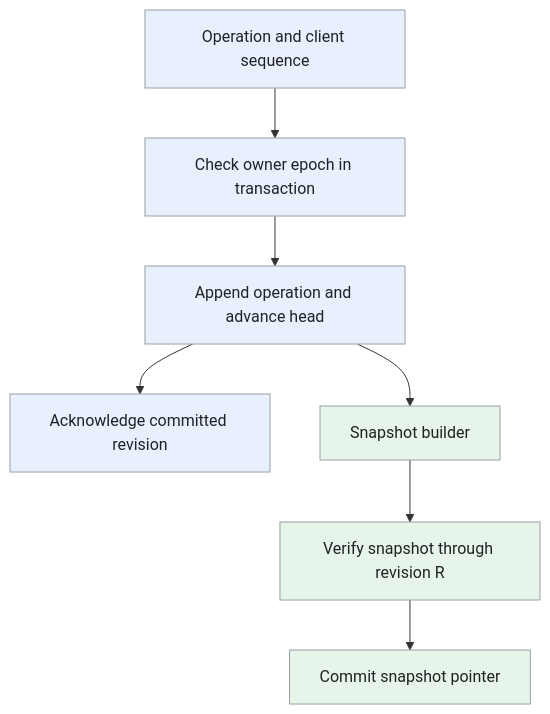
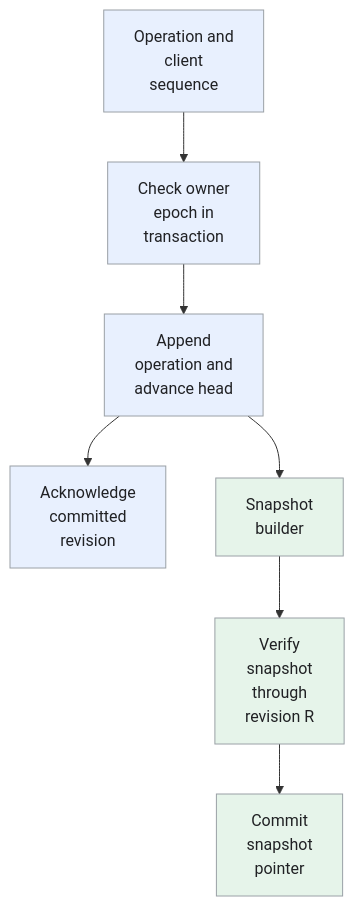
One commit to iliazlobin/iliazlobin.github.io changed the fifth of 5 diagrams in _designs/system-design-google-docs.md. Above: the diagram before and after it, drawn with Mermaid. The commit also changed other lines of this file and 116 other files, not shown here.

````diff
--- a/_designs/system-design-google-docs.md
+++ b/_designs/system-design-google-docs.md
@@ -317,14 +342,14 @@
 ```mermaid
 flowchart TB
-  O["Operation and client sequence"] --> T["Check owner epoch in transaction"]
-  T --> C["Append operation and advance head"]
-  C --> A["Acknowledge committed revision"]
-  C --> S["Snapshot builder"]
-  S --> V["Verify snapshot through revision R"]
-  V --> P["Commit snapshot pointer"]
+  O["Operation and<br>client<br>sequence"] --> T["Check owner<br>epoch in<br>transaction"]
+  T --> C["Append<br>operation and<br>advance head"]
+  C --> A["Acknowledge<br>committed<br>revision"]
+  C --> S["Snapshot<br>builder"]
+  S --> V["Verify<br>snapshot<br>through<br>revision R"]
+  V --> P["Commit<br>snapshot<br>pointer"]
   classDef request fill:#e8f0fe,stroke:#9aa0a6,color:#202124,stroke-width:1px
   classDef background fill:#e6f4ea,stroke:#9aa0a6,color:#202124,stroke-width:1px
   classDef control fill:#fef7e0,stroke:#9aa0a6,color:#202124,stroke-width:1px
   class O,T,C,A request
   class S,V,P background
 ```
````
